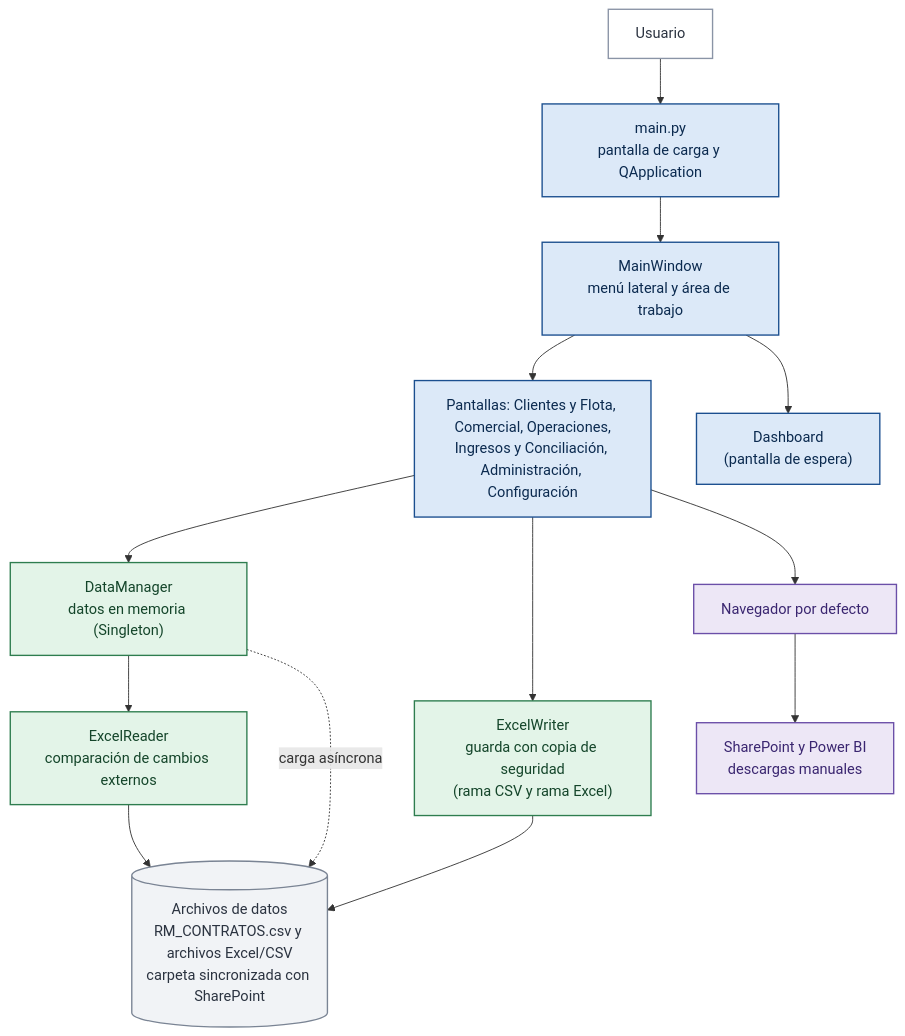
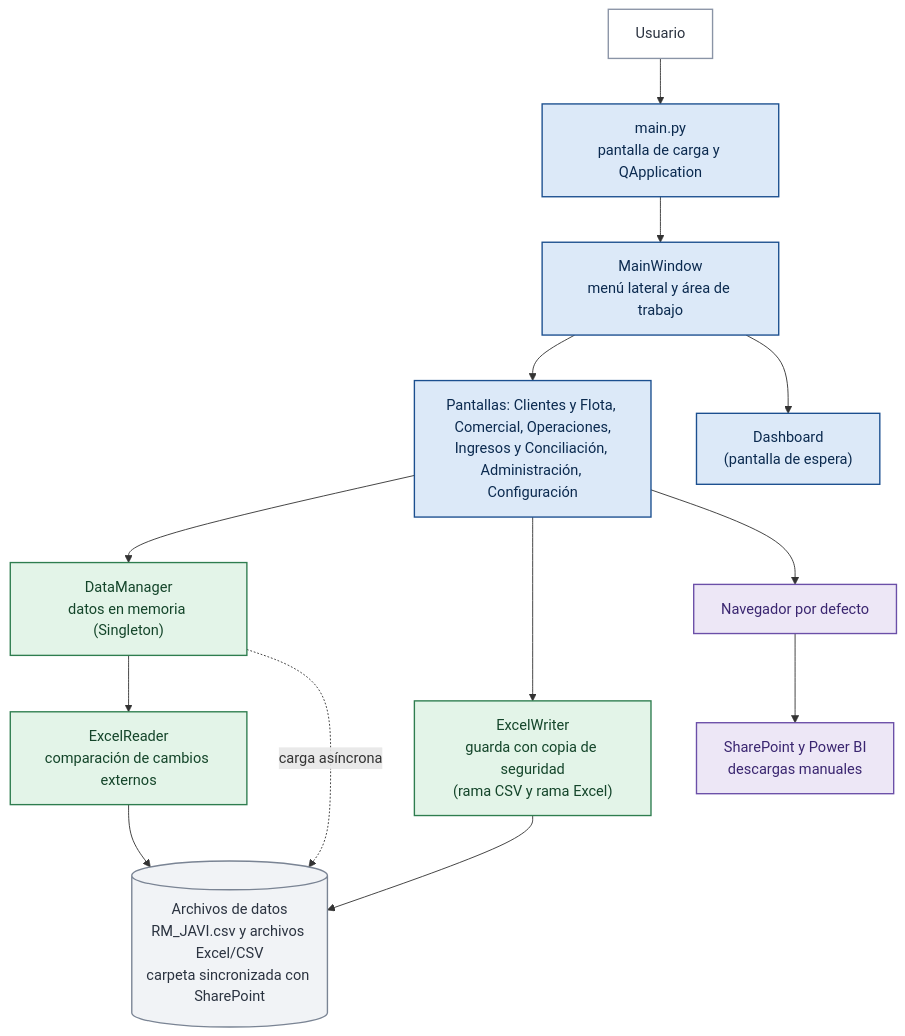
One commit to felipeMon20/PTY4614-302-EQUIPO-2 changed diagram 21 of 31 in Fase 2/Evidencias Proyecto/Evidencias de documentación/docs/08. Arquitectura Visual y Diagramas.md. Above: the diagram before and after it, drawn with Mermaid. The commit also changed other lines of this file and 229 other files, not shown here.

````diff
--- a/Fase 2/Evidencias Proyecto/Evidencias de documentación/docs/08. Arquitectura Visual y Diagramas.md
+++ b/Fase 2/Evidencias Proyecto/Evidencias de documentación/docs/08. Arquitectura Visual y Diagramas.md
@@ -720,23 +720,23 @@
 ```mermaid
 flowchart TD
     U["Usuario"]:::neutro --> M["main.py<br/>pantalla de carga y QApplication"]:::pantalla
     M --> MW["MainWindow<br/>menú lateral y área de trabajo"]:::pantalla
     MW --> UI["Pantallas: Clientes y Flota, Comercial, Operaciones,<br/>Ingresos y Conciliación, Administración, Configuración"]:::pantalla
     UI --> DM["DataManager<br/>datos en memoria (Singleton)"]:::accion
     UI --> EW["ExcelWriter<br/>guarda con copia de seguridad<br/>(rama CSV y rama Excel)"]:::accion
     DM --> ER["ExcelReader<br/>comparación de cambios externos"]:::accion
-    EW --> XLS[("Archivos de datos<br/>RM_CONTRATOS.csv y archivos Excel/CSV<br/>carpeta sincronizada con SharePoint")]:::archivo
+    EW --> XLS[("Archivos de datos<br/>RM_JAVI.csv y archivos Excel/CSV<br/>carpeta sincronizada con SharePoint")]:::archivo
     ER --> XLS
     DM -.carga asíncrona.-> XLS
     MW --> DASH["Dashboard<br/>(pantalla de espera)"]:::pantalla
     UI --> BROWSER["Navegador por defecto"]:::externo
     BROWSER --> SP["SharePoint y Power BI<br/>descargas manuales"]:::externo
     classDef pantalla fill:#DCE9F8,stroke:#1B4F8F,color:#0B2A4F,stroke-width:1.5px
     classDef grupo fill:#1B4F8F,stroke:#0B2A4F,color:#FFFFFF,stroke-width:1.5px
     classDef accion fill:#E3F4E8,stroke:#2E7D4F,color:#14452A,stroke-width:1.5px
     classDef archivo fill:#F1F3F6,stroke:#7A8494,color:#2B3340,stroke-width:1.5px
     classDef externo fill:#EDE7F6,stroke:#6B4FA8,color:#3A2670,stroke-width:1.5px
     classDef alerta fill:#FDECEC,stroke:#B3372F,color:#6E1712,stroke-width:1.5px
     classDef aviso fill:#FFF4D6,stroke:#B58100,color:#5C4300,stroke-width:1.5px
     classDef neutro fill:#FFFFFF,stroke:#8A94A6,color:#2B3340,stroke-width:1.5px
 ```
````
